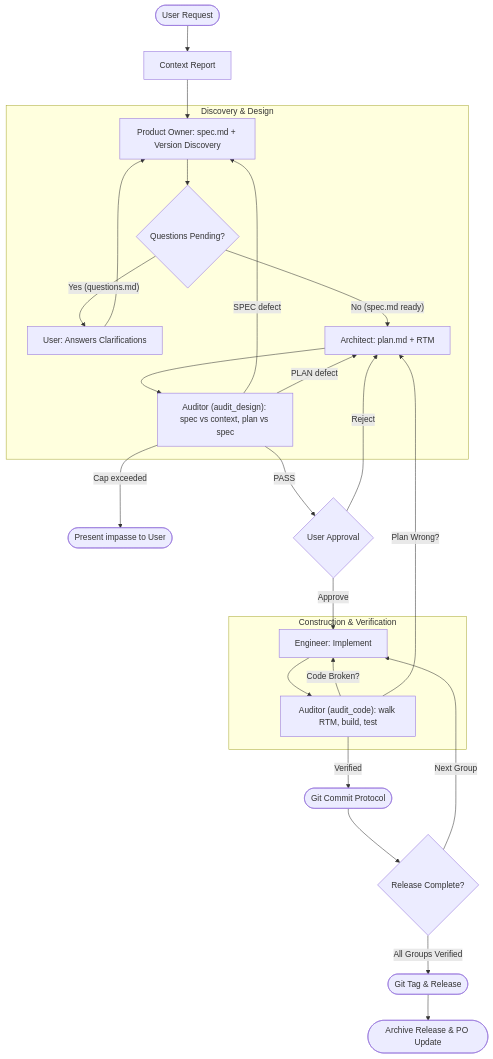
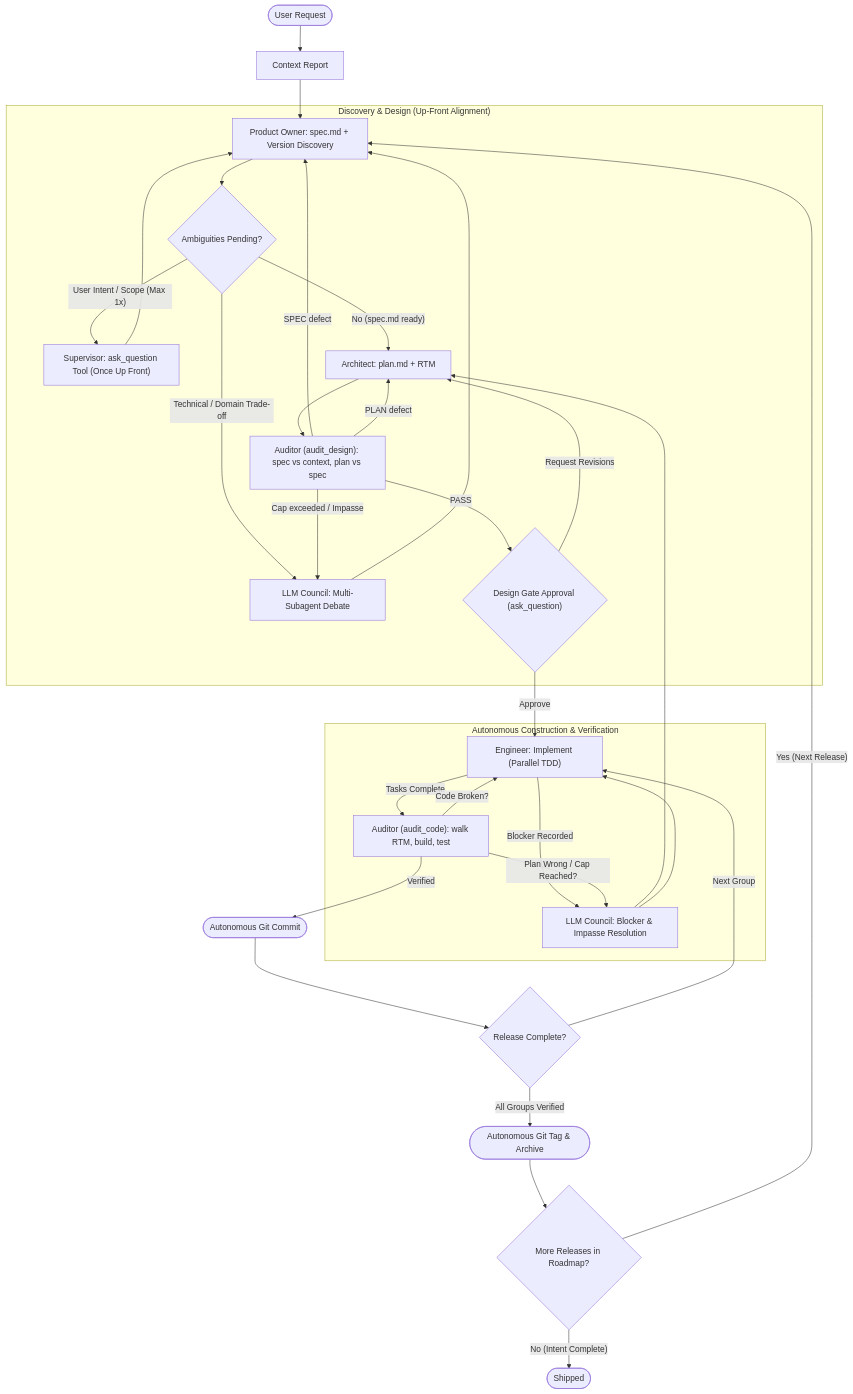
The diagram in skills/swarm/SKILL.md (jjdelorme/plan-commands), drawn with Mermaid before and after one commit. The commit also changed other lines of this file and 6 other files, not shown here.

Commit message:
feat: autonomous swarm execution with up-front ask_question, LLM Council, and PO intent ownership (v4.1.0)

````diff
--- a/skills/swarm/SKILL.md
+++ b/skills/swarm/SKILL.md
@@ -19,44 +19,54 @@
 ```mermaid
 graph TD
-    subgraph "Discovery & Design"
+    subgraph "Discovery & Design (Up-Front Alignment)"
         PO["Product Owner: spec.md + Version Discovery"]
-        Questions{"Questions Pending?"}
-        UserClarify["User: Answers Clarifications"]
+        Questions{"Ambiguities Pending?"}
+        AskUser["Supervisor: ask_question Tool (Once Up Front)"]
+        Council1["LLM Council: Multi-Subagent Debate"]
         Architect["Architect: plan.md + RTM"]
         DesignAudit["Auditor (audit_design): spec vs context, plan vs spec"]
+        DesignGate{"Design Gate Approval (ask_question)"}
     end
 
-    subgraph "Construction & Verification"
-        Engineer["Engineer: Implement"]
+    subgraph "Autonomous Construction & Verification"
+        Engineer["Engineer: Implement (Parallel TDD)"]
+        Council2["LLM Council: Blocker & Impasse Resolution"]
         CodeAudit["Auditor (audit_code): walk RTM, build, test"]
     end
 
     Start(["User Request"]) --> Research["Context Report"]
     Research --> PO
     PO --> Questions
-    Questions -- "Yes (questions.md)" --> UserClarify
-    UserClarify --> PO
+    Questions -- "User Intent / Scope (Max 1x)" --> AskUser
+    AskUser --> PO
+    Questions -- "Technical / Domain Trade-off" --> Council1
+    Council1 --> PO
     Questions -- "No (spec.md ready)" --> Architect
     Architect --> DesignAudit
 
-    %% Design Audit Three-Way Fork (cap: 2 returns)
+    %% Design Audit Fork (cap: 2 returns before Council)
     DesignAudit -- "SPEC defect" --> PO
     DesignAudit -- "PLAN defect" --> Architect
-    DesignAudit -- "Cap exceeded" --> Impasse(["Present impasse to User"])
-    DesignAudit -- "PASS" --> Review{"User Approval"}
+    DesignAudit -- "Cap exceeded / Impasse" --> Council1
+    DesignAudit -- "PASS" --> DesignGate
 
-    Review -- "Reject" --> Architect
-    Review -- "Approve" --> Engineer
+    DesignGate -- "Request Revisions" --> Architect
+    DesignGate -- "Approve" --> Engineer
 
-    Engineer --> CodeAudit
+    Engineer -- "Blocker Recorded" --> Council2
+    Council2 --> Architect
+    Council2 --> Engineer
+    Engineer -- "Tasks Complete" --> CodeAudit
 
     %% Code Audit Three-Way Fork
     CodeAudit -- "Code Broken?" --> Engineer
-    CodeAudit -- "Plan Wrong?" --> Architect
-    CodeAudit -- "Verified" --> Commit(["Git Commit Protocol"])
+    CodeAudit -- "Plan Wrong / Cap Reached?" --> Council2
+    CodeAudit -- "Verified" --> Commit(["Autonomous Git Commit"])
 
     Commit --> CheckRelease{"Release Complete?"}
     CheckRelease -- "Next Group" --> Engineer
-    CheckRelease -- "All Groups Verified" --> Tag(["Git Tag & Release"])
-    Tag --> Archive(["Archive Release & PO Update"])
+    CheckRelease -- "All Groups Verified" --> Tag(["Autonomous Git Tag & Archive"])
+    Tag --> NextRelease{"More Releases in Roadmap?"}
+    NextRelease -- "Yes (Next Release)" --> PO
+    NextRelease -- "No (Intent Complete)" --> Done(["Shipped"])
 ```
````
